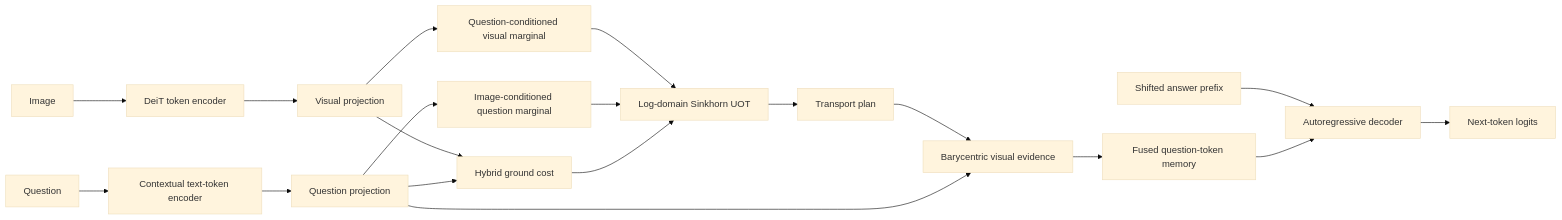
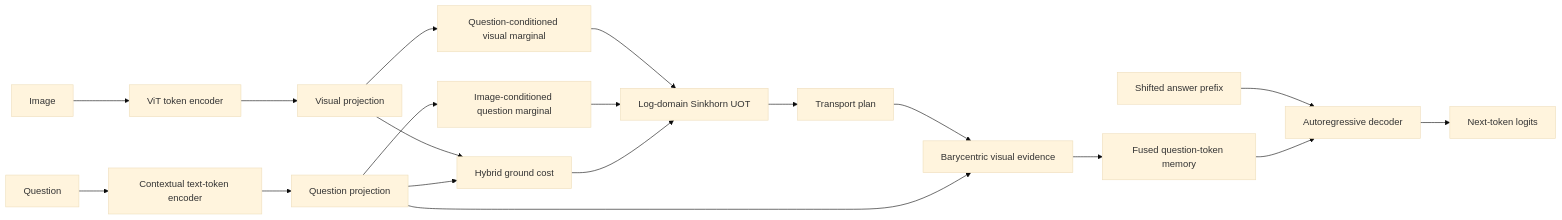
One commit to Hovohoangduy/OT-VQA changed the second of 3 diagrams in docs/optimal_transport_implementation_plan.md. Above: the diagram before and after it, drawn with Mermaid (base theme). The commit also changed other lines of this file and 21 other files, not shown here.

````diff
--- a/docs/optimal_transport_implementation_plan.md
+++ b/docs/optimal_transport_implementation_plan.md
@@ -109,21 +109,21 @@
 ```mermaid
 flowchart LR
-    I[Image] --> VE[DeiT token encoder]
+    I[Image] --> VE[ViT token encoder]
     Q[Question] --> QE[Contextual text-token encoder]
     VE --> VP[Visual projection]
     QE --> QP[Question projection]
     VP --> VM[Question-conditioned visual marginal]
     QP --> QM[Image-conditioned question marginal]
     VP --> C[Hybrid ground cost]
     QP --> C
     VM --> UOT[Log-domain Sinkhorn UOT]
     QM --> UOT
     C --> UOT
     UOT --> P[Transport plan]
     P --> BF[Barycentric visual evidence]
     QP --> BF
     BF --> FM[Fused question-token memory]
     A[Shifted answer prefix] --> D[Autoregressive decoder]
     FM --> D
     D --> O[Next-token logits]
 ```
````
